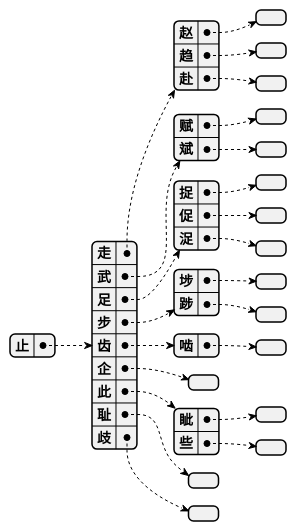
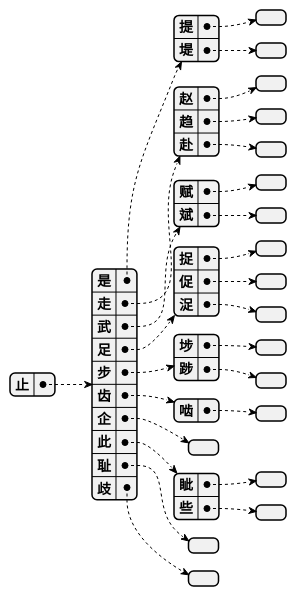
Before and after one commit to imharrywu/ChineseCharacterTree: the diagram in index.iuml, drawn with PlantUML.

```diff
--- a/index.iuml
+++ b/index.iuml
@@ -1,19 +1,20 @@
 @startjson
 {
   "止": {
+    "是":{"提":{}, "堤":{}},
     "走":{"赵":{}, "趋":{}, "赴":{}},
     "武":{"赋":{}, "斌":{}},    
     "足":{
         "捉":{},
         "促":{},
         "浞":{}
     },
     "步":{"埗":{},"踄":{}},
     "齿":{"啮":{}},
     "企":{},
     "此":{"眦":{}, "些":{}},
     "耻":{},
     "歧":{}
   }
 }
 @endjson
```
